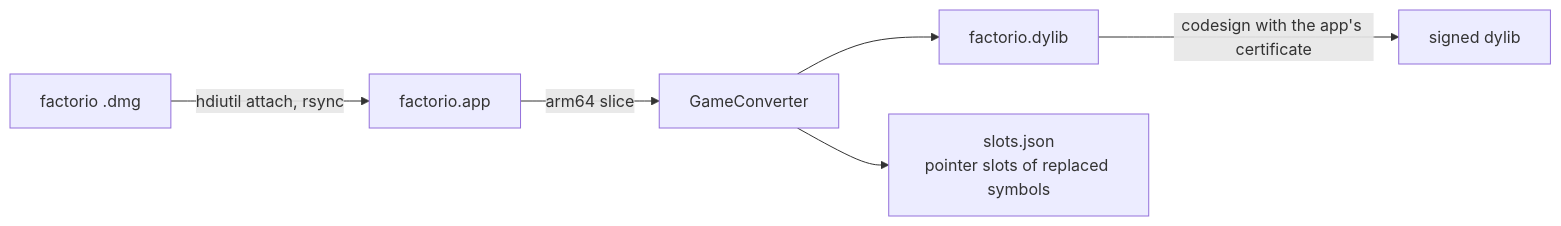
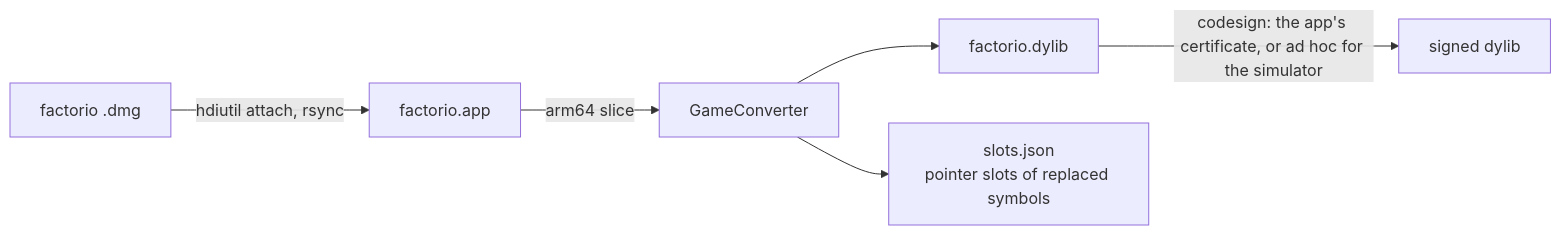
Before and after one commit to klesersurovyj-a11y/factorios: the second of 3 diagrams in docs/architecture.md, drawn with Mermaid. The commit also changed other lines of this file and 22 other files, not shown here.

````diff
--- a/docs/architecture.md
+++ b/docs/architecture.md
@@ -25,8 +25,8 @@
 ```mermaid
 flowchart LR
     dmg[factorio .dmg] -->|hdiutil attach, rsync| app[factorio.app]
     app -->|arm64 slice| conv[GameConverter]
     conv --> dylib[factorio.dylib]
     conv --> slots[slots.json<br/>pointer slots of replaced symbols]
-    dylib -->|codesign with the app's certificate| signed[signed dylib]
+    dylib -->|codesign: the app's certificate, or ad hoc for the simulator| signed[signed dylib]
 ```
````
